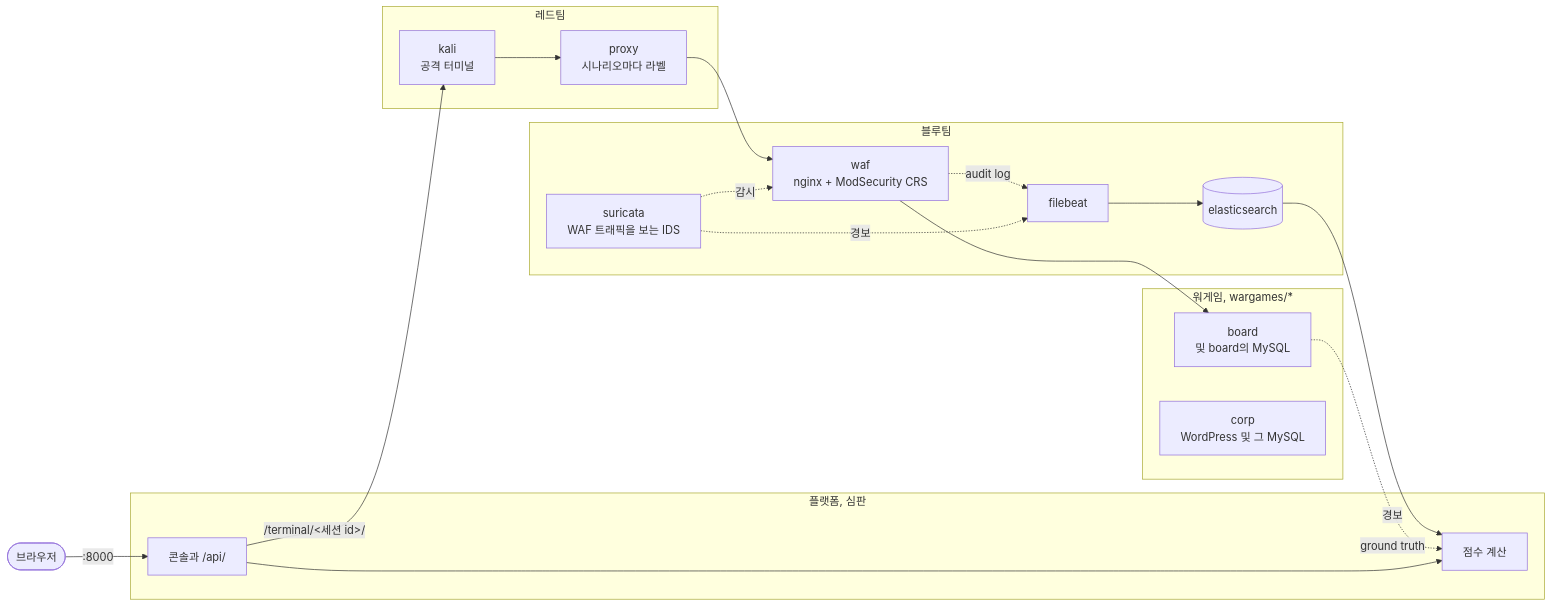
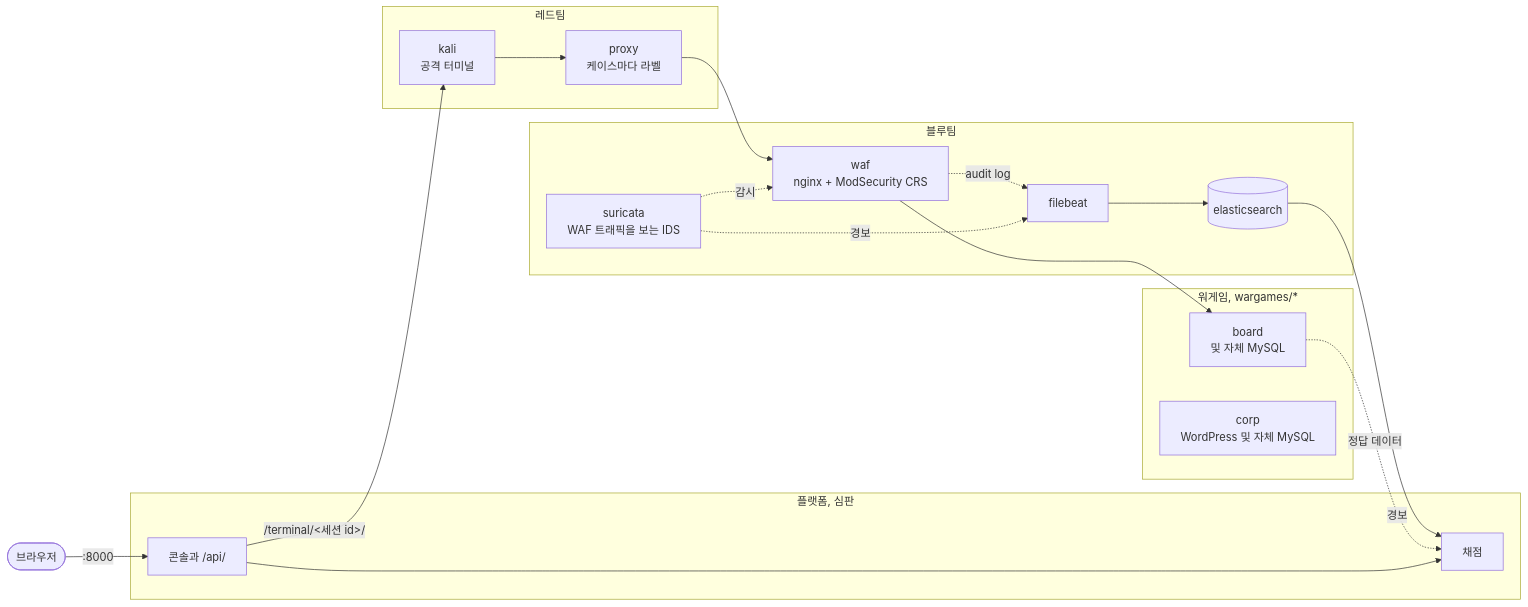
The second of 2 diagrams in README.ko.md (Nekonic/fsl-project-mvp), drawn with Mermaid before and after one commit. The commit also changed other lines of this file and 14 other files, not shown here.

````diff
--- a/README.ko.md
+++ b/README.ko.md
@@ -50,39 +84,39 @@
 ```mermaid
 flowchart LR
   person(["브라우저"])
 
   subgraph red["레드팀"]
     kali["kali<br/>공격 터미널"]
-    proxy["proxy<br/>시나리오마다 라벨"]
+    proxy["proxy<br/>케이스마다 라벨"]
   end
 
   subgraph blue["블루팀"]
     waf["waf<br/>nginx + ModSecurity CRS"]
     suricata["suricata<br/>WAF 트래픽을 보는 IDS"]
     filebeat["filebeat"]
     es[("elasticsearch")]
   end
 
   subgraph wargames["워게임, wargames/*"]
-    board["board<br/>및 board의 MySQL"]
-    corp["corp<br/>WordPress 및 그 MySQL"]
+    board["board<br/>및 자체 MySQL"]
+    corp["corp<br/>WordPress 및 자체 MySQL"]
   end
 
   subgraph platform["플랫폼, 심판"]
     console["콘솔과 /api/"]
-    scoring["점수 계산"]
+    scoring["채점"]
   end
 
   person -->|":8000"| console
   console -->|"/terminal/<세션 id>/"| kali
   kali --> proxy
   proxy --> waf
   waf --> board
   suricata -.->|감시| waf
   waf -.->|audit log| filebeat
   suricata -.->|경보| filebeat
   filebeat --> es
   es -->|경보| scoring
-  board -.->|ground truth| scoring
+  board -.->|정답 데이터| scoring
   console --> scoring
 ```
````
